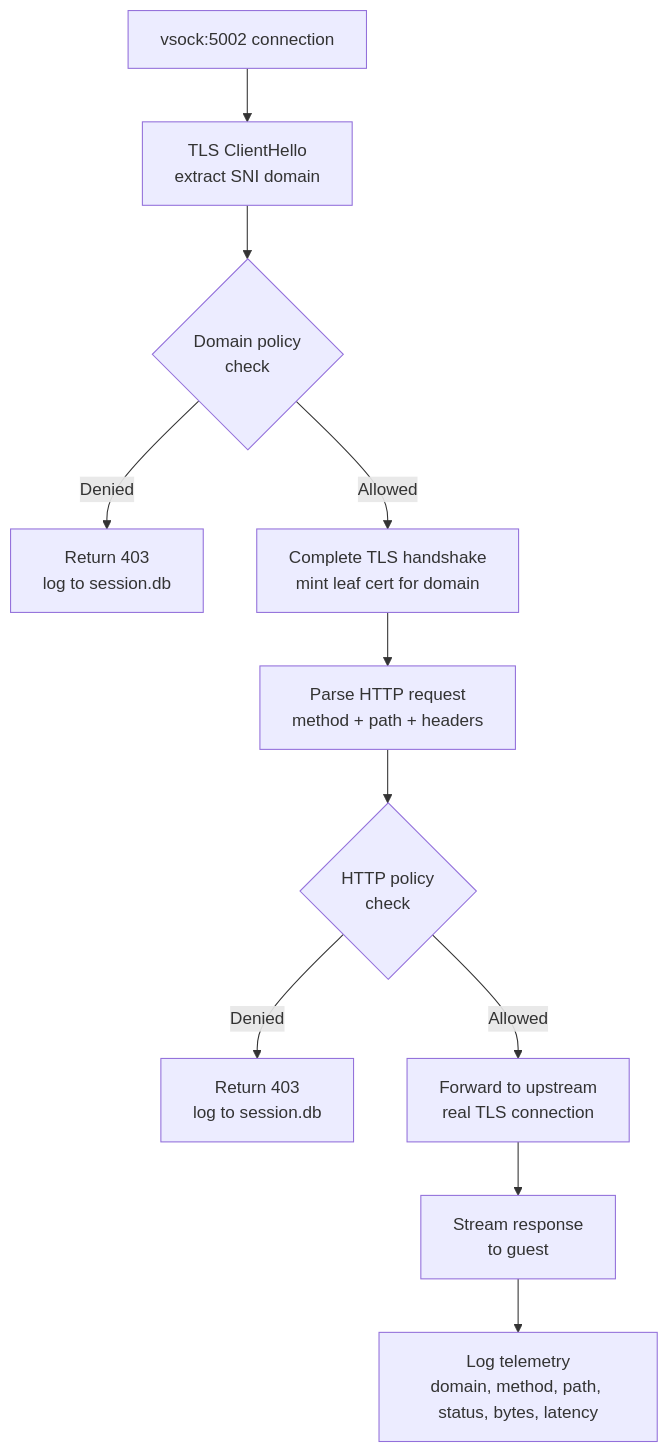
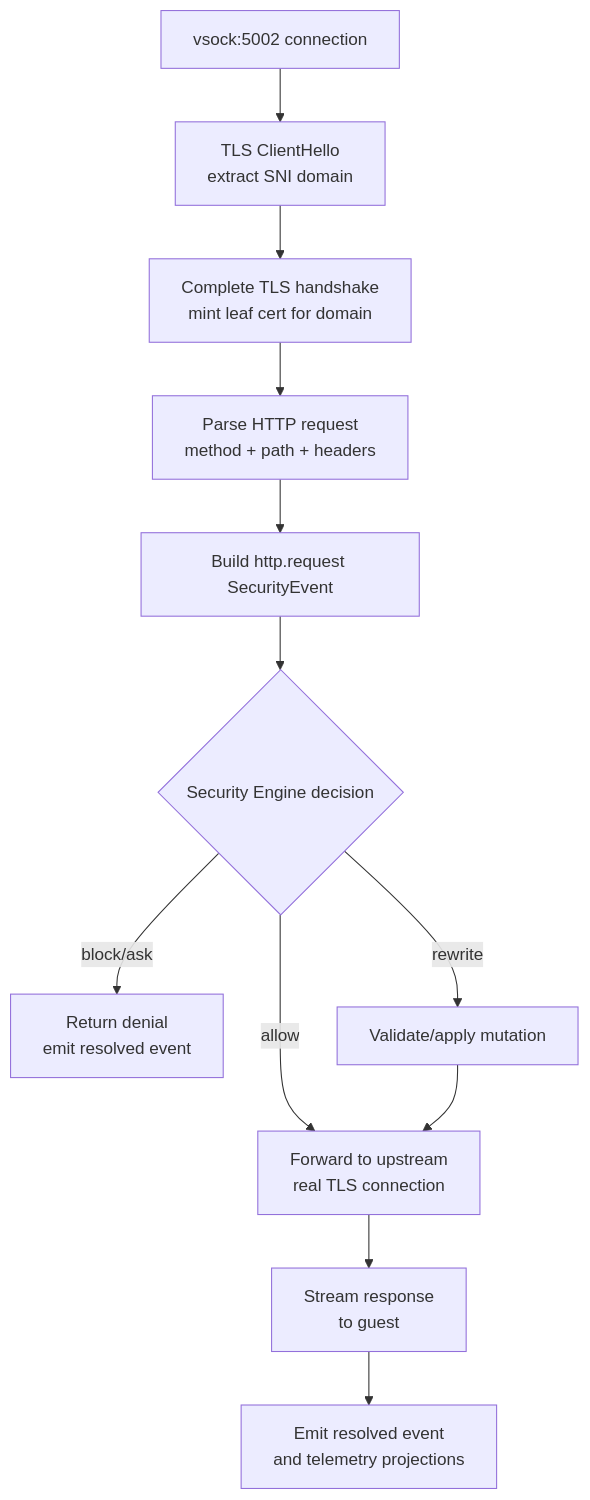
The second of 2 diagrams in docs/src/content/docs/security/network-isolation.md (google/capsem), drawn with Mermaid before and after one commit. The commit also changed other lines of this file and 6 other files, not shown here.

````diff
--- a/docs/src/content/docs/security/network-isolation.md
+++ b/docs/src/content/docs/security/network-isolation.md
@@ -59,13 +62,14 @@
 ```mermaid
 graph TD
     A["vsock:5002 connection"] --> B["TLS ClientHello<br/>extract SNI domain"]
-    B --> C{"Domain policy<br/>check"}
-    C -->|Denied| D["Return 403<br/>log to session.db"]
-    C -->|Allowed| E["Complete TLS handshake<br/>mint leaf cert for domain"]
-    E --> F["Parse HTTP request<br/>method + path + headers"]
-    F --> G{"HTTP policy<br/>check"}
-    G -->|Denied| H["Return 403<br/>log to session.db"]
-    G -->|Allowed| I["Forward to upstream<br/>real TLS connection"]
+    B --> C["Complete TLS handshake<br/>mint leaf cert for domain"]
+    C --> D["Parse HTTP request<br/>method + path + headers"]
+    D --> E["Build http.request SecurityEvent"]
+    E --> F{"Security Engine decision"}
+    F -->|block/ask| G["Return denial<br/>emit resolved event"]
+    F -->|rewrite| H["Validate/apply mutation"]
+    F -->|allow| I["Forward to upstream<br/>real TLS connection"]
+    H --> I
     I --> J["Stream response<br/>to guest"]
-    J --> K["Log telemetry<br/>domain, method, path, status, bytes, latency"]
+    J --> K["Emit resolved event<br/>and telemetry projections"]
 ```
````
